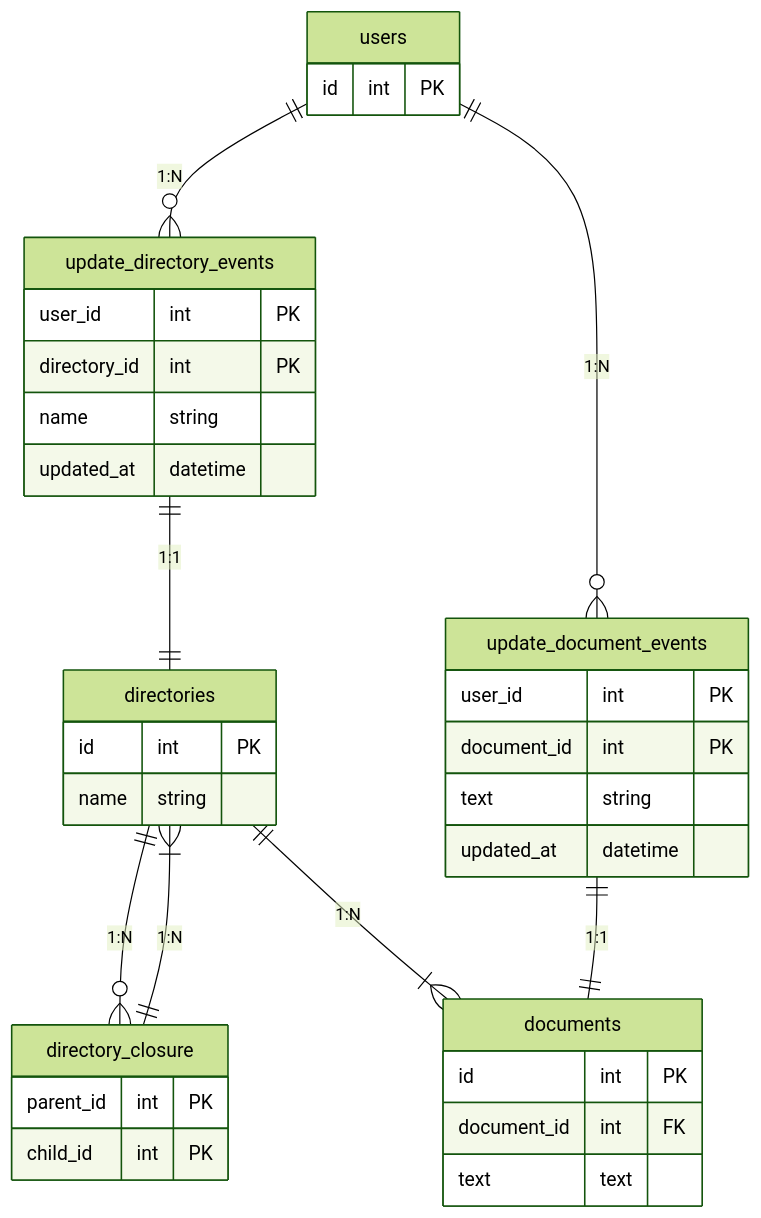
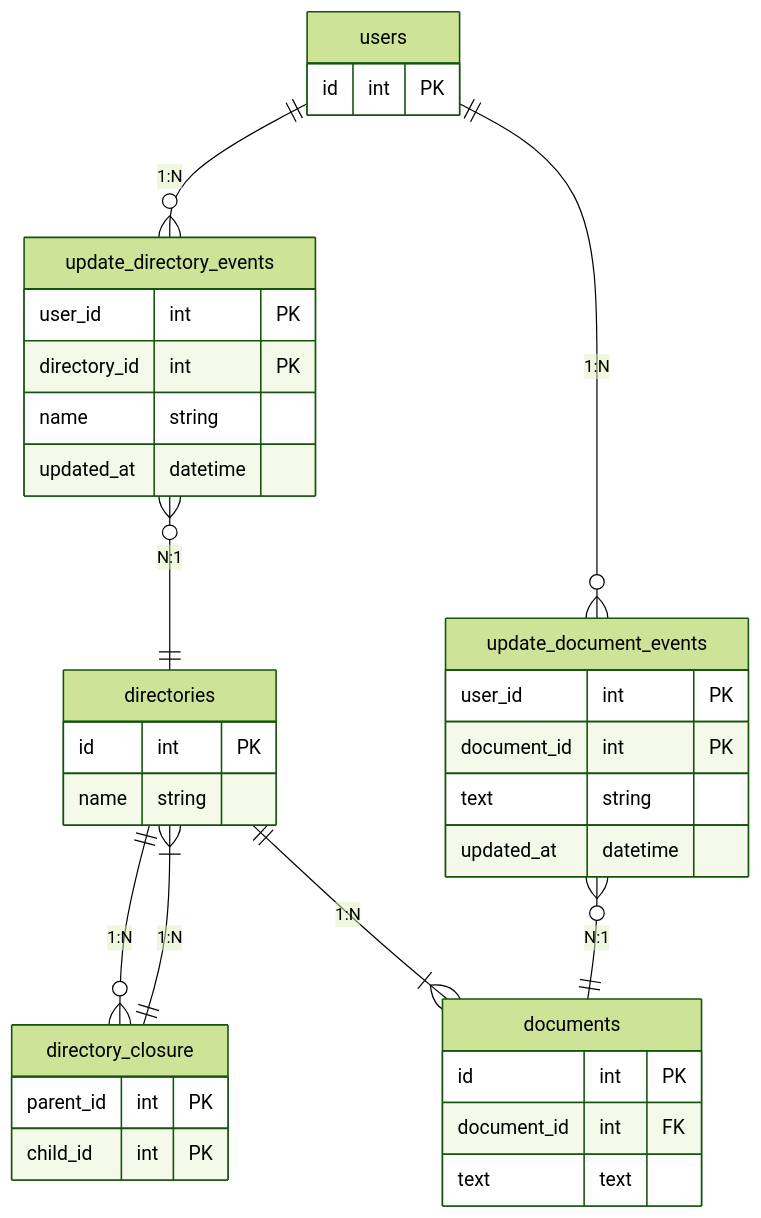
Before and after one commit to HitoroOhria/praha-challenge: the first of 2 diagrams in db/db-modeling-3/README.md, drawn with Mermaid (forest theme).

Commit message:
更新イベントテーブルの関係性をN:1に修正

````diff
--- a/db/db-modeling-3/README.md
+++ b/db/db-modeling-3/README.md
@@ -5,45 +5,45 @@
 ```mermaid
 erDiagram
 
 users ||--o{ update_directory_events : "1:N"
 users ||--o{ update_document_events : "1:N"
 users {
   id int PK
 }
 
-update_directory_events ||--|| directories : "1:1"
+update_directory_events }o--|| directories : "N:1"
 update_directory_events {
   user_id int PK
   directory_id int PK
   name string
   updated_at datetime
 }
 
 directories ||--o{ directory_closure : "1:N"
 directories ||--|{ documents : "1:N"
 directories {
   id int PK
   name string
 }
 
 directory_closure ||--|{ directories : "1:N"
 directory_closure {
   parent_id int PK
   child_id int PK
 }
 
-update_document_events ||--|| documents : "1:1"
+update_document_events }o--|| documents : "N:1"
 update_document_events {
   user_id int PK
   document_id int PK
   text string
   updated_at datetime
 }
 
 documents {
   id int PK
   document_id int FK
   text text
 }
 
 ```
````
